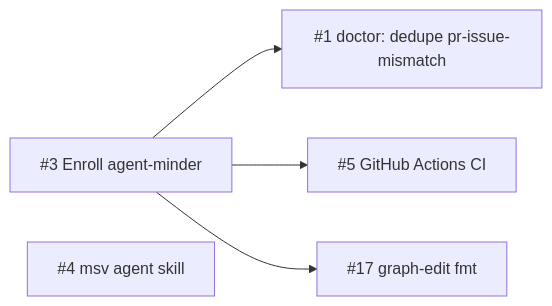
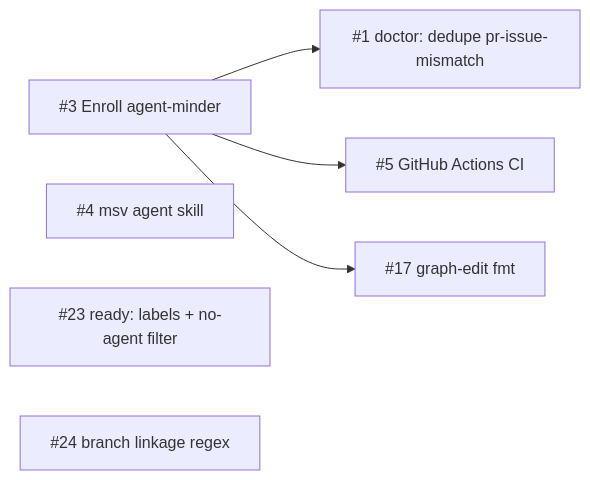
The diagram in docs/milestones/v1-tablestakes.md (aptx-health/milestone-visualizer), drawn with Mermaid before and after one commit.

Commit message:
docs: add #23 and #24 to v1-tablestakes graph

````diff
--- a/docs/milestones/v1-tablestakes.md
+++ b/docs/milestones/v1-tablestakes.md
@@ -9,11 +9,13 @@
 ```mermaid
 flowchart LR
   1[#1 doctor: dedupe pr-issue-mismatch]
   3[#3 Enroll agent-minder]
   4[#4 msv agent skill]
   5[#5 GitHub Actions CI]
   17[#17 graph-edit fmt]
+  23[#23 ready: labels + no-agent filter]
+  24[#24 branch linkage regex]
   3 --> 1
   3 --> 5
   3 --> 17
 ```
````
